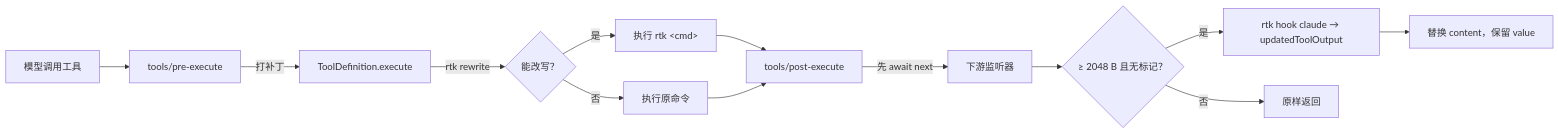
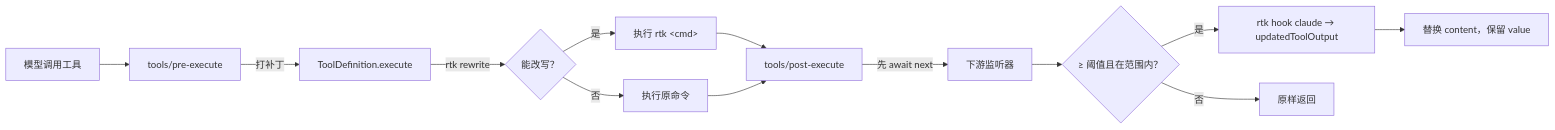
Before and after one commit to YunaAloft/dsh-rtk-workbench: the diagram in README-zh.md, drawn with Mermaid. The commit also changed other lines of this file and 13 other files, not shown here.

````diff
--- a/README-zh.md
+++ b/README-zh.md
@@ -101,15 +84,15 @@
 ```mermaid
 flowchart LR
   M["模型调用工具"] --> P[tools/pre-execute]
   P -->|打补丁| X[ToolDefinition.execute]
   X -->|rtk rewrite| R{"能改写？"}
   R -->|是| E1["执行 rtk &lt;cmd&gt;"]
   R -->|否| E2["执行原命令"]
   E1 --> C[tools/post-execute]
   E2 --> C
   C -->|先 await next| D[下游监听器]
-  D --> G{"≥ 2048 B 且无标记？"}
+  D --> G{"≥ 阈值且在范围内？"}
   G -->|是| H["rtk hook claude → updatedToolOutput"]
   G -->|否| I[原样返回]
   H --> J["替换 content，保留 value"]
 ```
````
